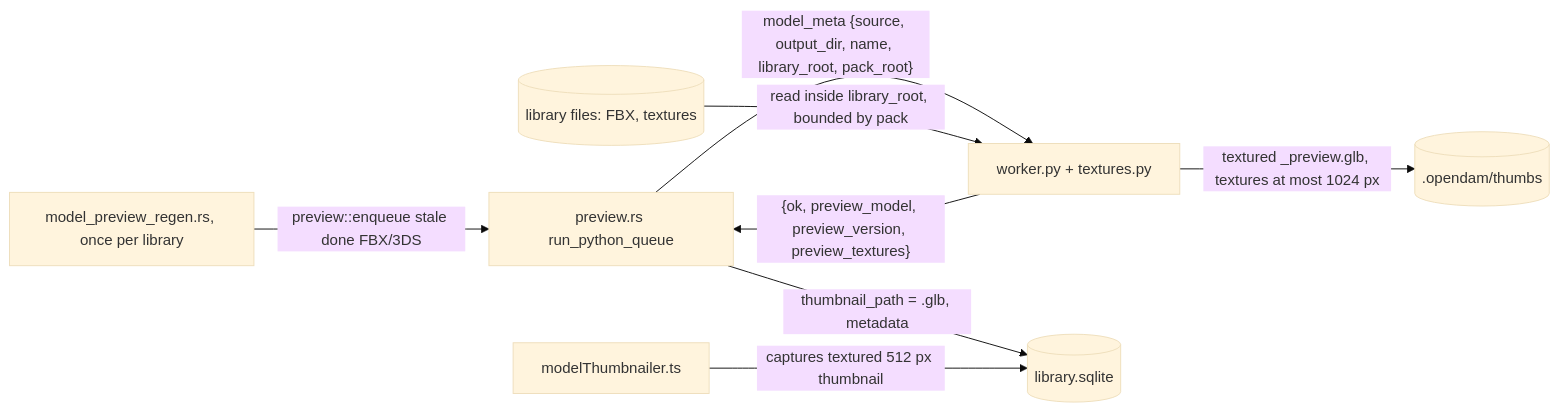
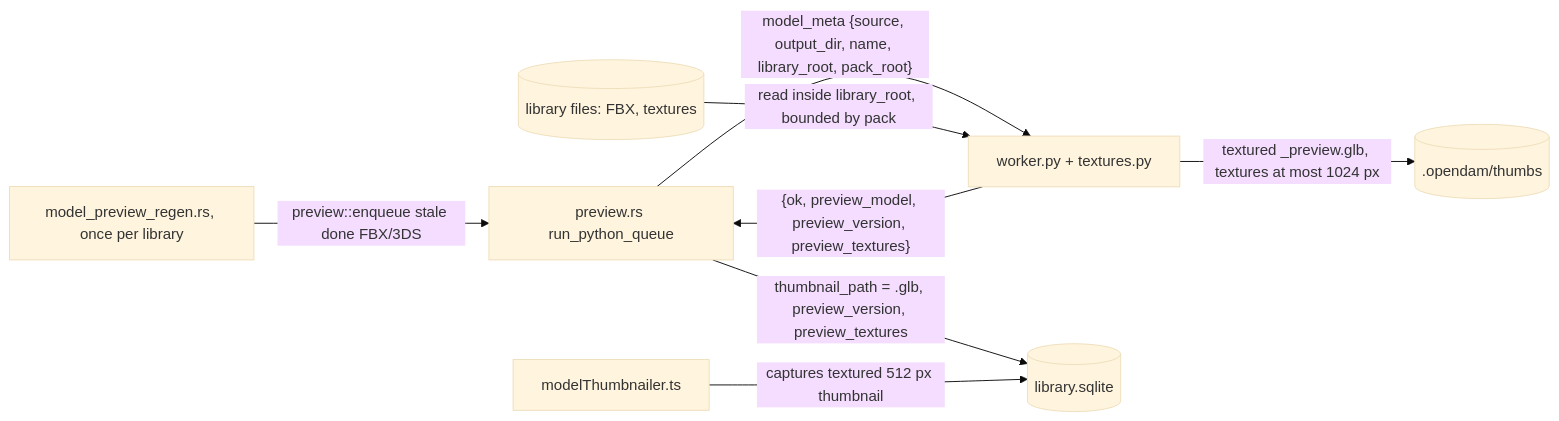
Before and after one commit to ramiro314/OpenDAM: the second of 2 diagrams in docs/plans/textured-fbx-previews/plan.md, drawn with Mermaid (base theme). The commit also changed other lines of this file, not shown here.

Commit message:
docs: keep preview version and texture report out of searchable metadata

````diff
--- a/docs/plans/textured-fbx-previews/plan.md
+++ b/docs/plans/textured-fbx-previews/plan.md
@@ -237,10 +246,10 @@
 ```mermaid
 flowchart LR
   R[model_preview_regen.rs, once per library] -- "preview::enqueue stale done FBX/3DS" --> Q[preview.rs run_python_queue]
   Q -- "model_meta {source, output_dir, name, library_root, pack_root}" --> W[worker.py + textures.py]
   L[(library files: FBX, textures)] -- "read inside library_root, bounded by pack" --> W
   W -- "textured <id>_preview.glb, textures at most 1024 px" --> T[(.opendam/thumbs)]
   W -- "{ok, preview_model, preview_version, preview_textures}" --> Q
-  Q -- "thumbnail_path = .glb, metadata" --> DB[(library.sqlite)]
+  Q -- "thumbnail_path = .glb, preview_version, preview_textures" --> DB[(library.sqlite)]
   F[modelThumbnailer.ts] -- "captures textured 512 px thumbnail" --> DB
 ```
````
